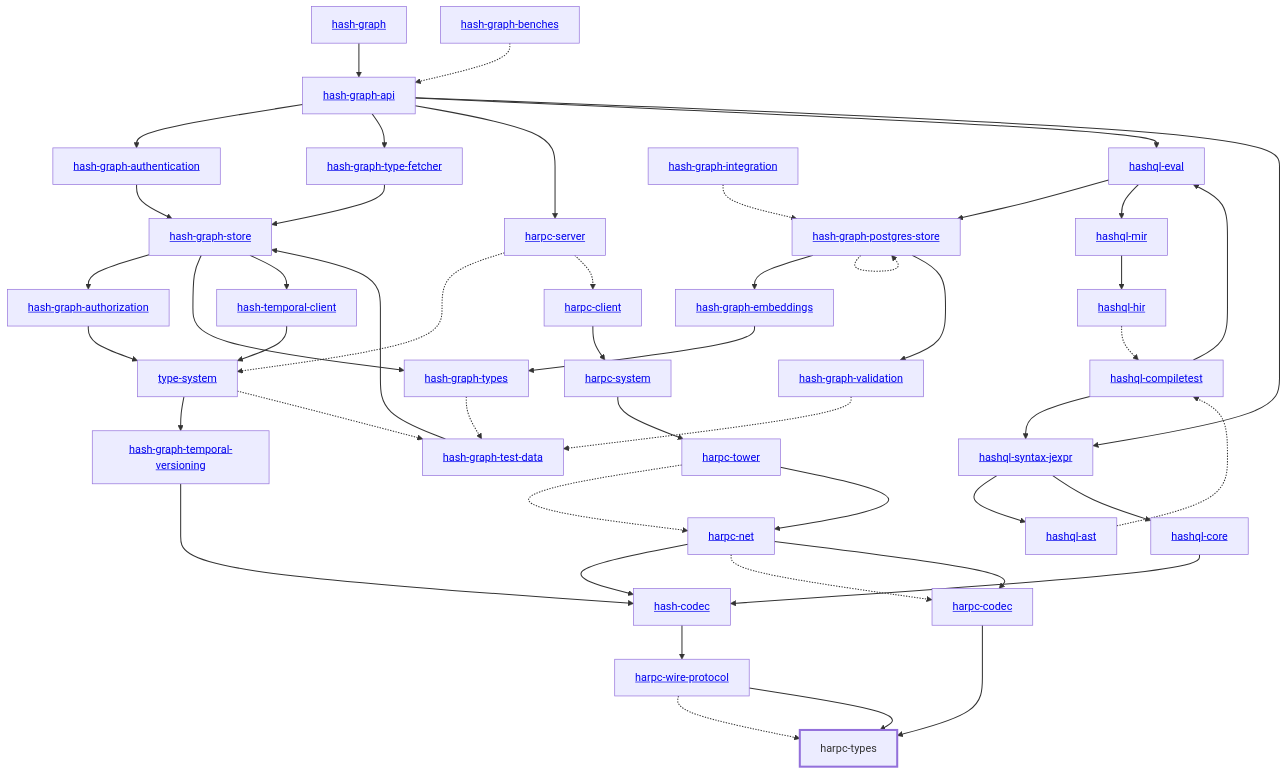
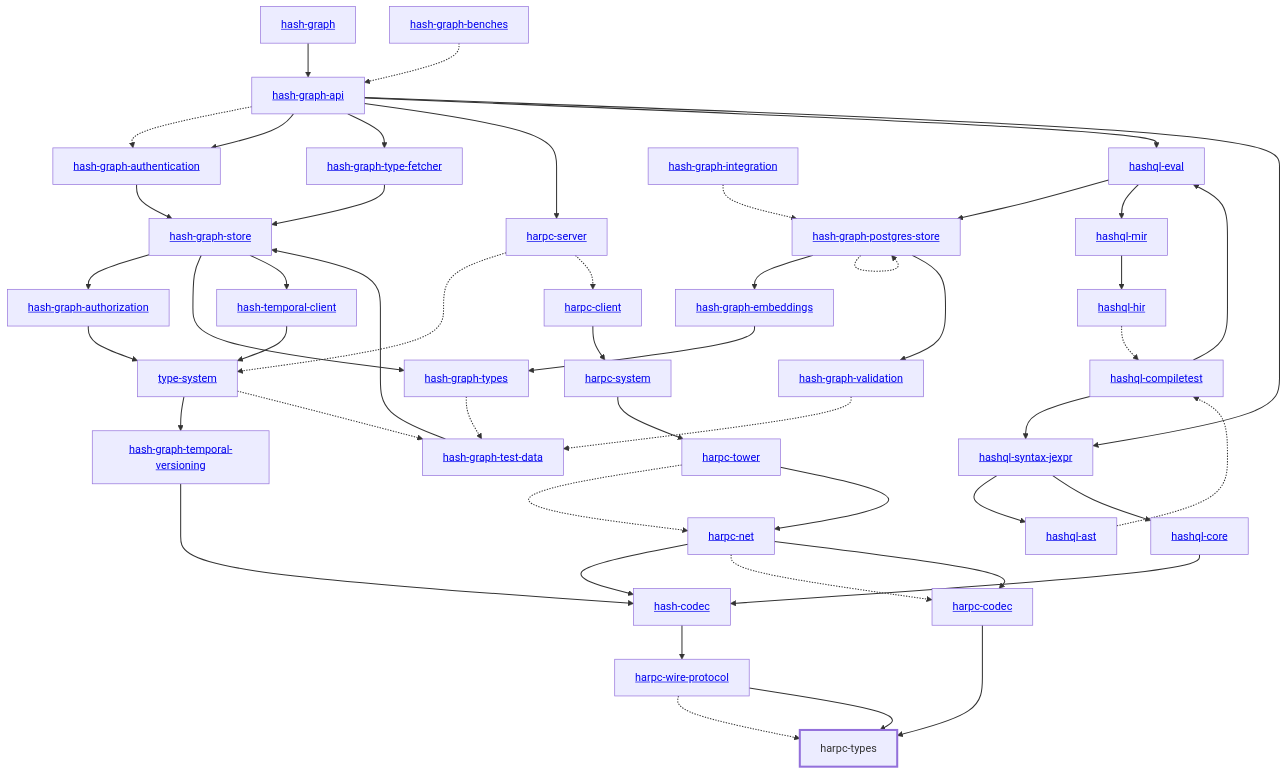
The diagram in libs/@local/harpc/types/docs/dependency-diagram.mmd (hashintel/hash), drawn with Mermaid before and after one commit. The commit also changed 11 other files, not shown here.

First line of the commit message:
BE-765: Regenerate the remaining dependency diagrams

```diff
--- a/libs/@local/harpc/types/docs/dependency-diagram.mmd
+++ b/libs/@local/harpc/types/docs/dependency-diagram.mmd
@@ -1,91 +1,92 @@
 graph TD
     linkStyle default stroke-width:1.5px
     classDef default stroke-width:1px
     classDef root stroke-width:3px
     classDef dev stroke-width:1px
     classDef build stroke-width:1px
     %% Legend
     %% --> : Normal dependency
     %% -.-> : Dev dependency
     %% ---> : Build dependency
     0[<a href="../hash_graph/index.html">hash-graph</a>]
     1[<a href="../type_system/index.html">type-system</a>]
     2[<a href="../hash_codec/index.html">hash-codec</a>]
     3[<a href="../hash_graph_api/index.html">hash-graph-api</a>]
     4[<a href="../hash_graph_authentication/index.html">hash-graph-authentication</a>]
     5[<a href="../hash_graph_authorization/index.html">hash-graph-authorization</a>]
     6[<a href="../hash_graph_embeddings/index.html">hash-graph-embeddings</a>]
     7[<a href="../hash_graph_postgres_store/index.html">hash-graph-postgres-store</a>]
     8[<a href="../hash_graph_store/index.html">hash-graph-store</a>]
     9[<a href="../hash_graph_temporal_versioning/index.html">hash-graph-temporal-versioning</a>]
     10[<a href="../hash_graph_type_fetcher/index.html">hash-graph-type-fetcher</a>]
     11[<a href="../hash_graph_types/index.html">hash-graph-types</a>]
     12[<a href="../hash_graph_validation/index.html">hash-graph-validation</a>]
     13[<a href="../harpc_client/index.html">harpc-client</a>]
     14[<a href="../harpc_codec/index.html">harpc-codec</a>]
     15[<a href="../harpc_net/index.html">harpc-net</a>]
     16[<a href="../harpc_server/index.html">harpc-server</a>]
     17[<a href="../harpc_system/index.html">harpc-system</a>]
     18[<a href="../harpc_tower/index.html">harpc-tower</a>]
     19[harpc-types]
     class 19 root
     20[<a href="../harpc_wire_protocol/index.html">harpc-wire-protocol</a>]
     21[<a href="../hashql_ast/index.html">hashql-ast</a>]
     22[<a href="../hashql_compiletest/index.html">hashql-compiletest</a>]
     23[<a href="../hashql_core/index.html">hashql-core</a>]
     24[<a href="../hashql_eval/index.html">hashql-eval</a>]
     25[<a href="../hashql_hir/index.html">hashql-hir</a>]
     26[<a href="../hashql_mir/index.html">hashql-mir</a>]
     27[<a href="../hashql_syntax_jexpr/index.html">hashql-syntax-jexpr</a>]
     28[<a href="../hash_temporal_client/index.html">hash-temporal-client</a>]
     29[<a href="../hash_graph_benches/index.html">hash-graph-benches</a>]
     30[<a href="../hash_graph_integration/index.html">hash-graph-integration</a>]
     31[<a href="../hash_graph_test_data/index.html">hash-graph-test-data</a>]
     0 --> 3
     1 --> 9
     1 -.-> 31
     2 --> 20
+    3 -.-> 4
     3 --> 4
     3 --> 10
     3 --> 16
     3 --> 24
     3 --> 27
     4 --> 8
     5 --> 1
     6 --> 11
     7 --> 6
     7 -.-> 7
     7 --> 12
     8 --> 5
     8 --> 11
     8 --> 28
     9 --> 2
     10 --> 8
     11 -.-> 31
     12 -.-> 31
     13 --> 17
     14 --> 19
     15 --> 2
     15 -.-> 14
     15 --> 14
     16 -.-> 1
     16 -.-> 13
     17 --> 18
     18 -.-> 15
     18 --> 15
     20 -.-> 19
     20 --> 19
     21 -.-> 22
     22 --> 24
     22 --> 27
     23 --> 2
     24 --> 7
     24 --> 26
     25 -.-> 22
     26 --> 25
     27 --> 21
     27 --> 23
     28 --> 1
     29 -.-> 3
     30 -.-> 7
     31 --> 8
```
